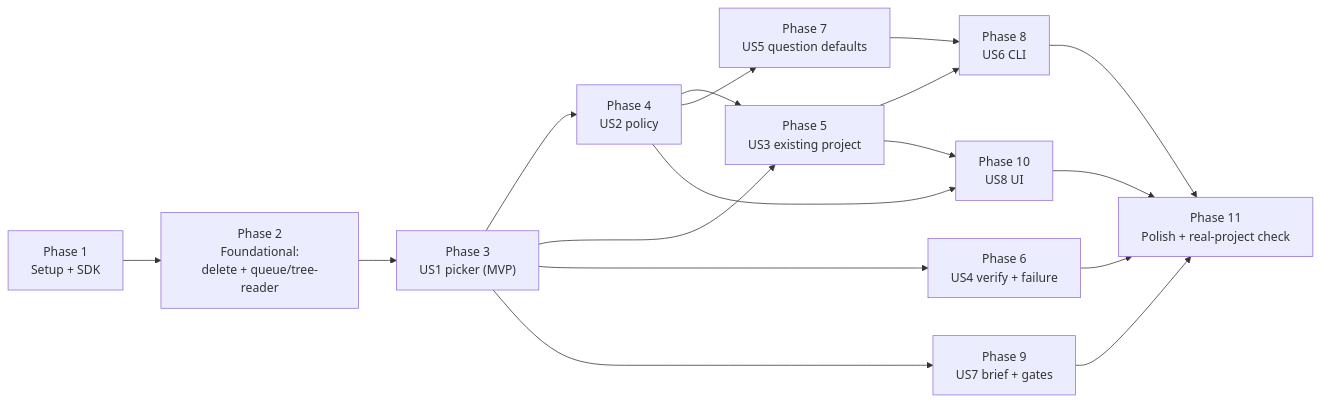
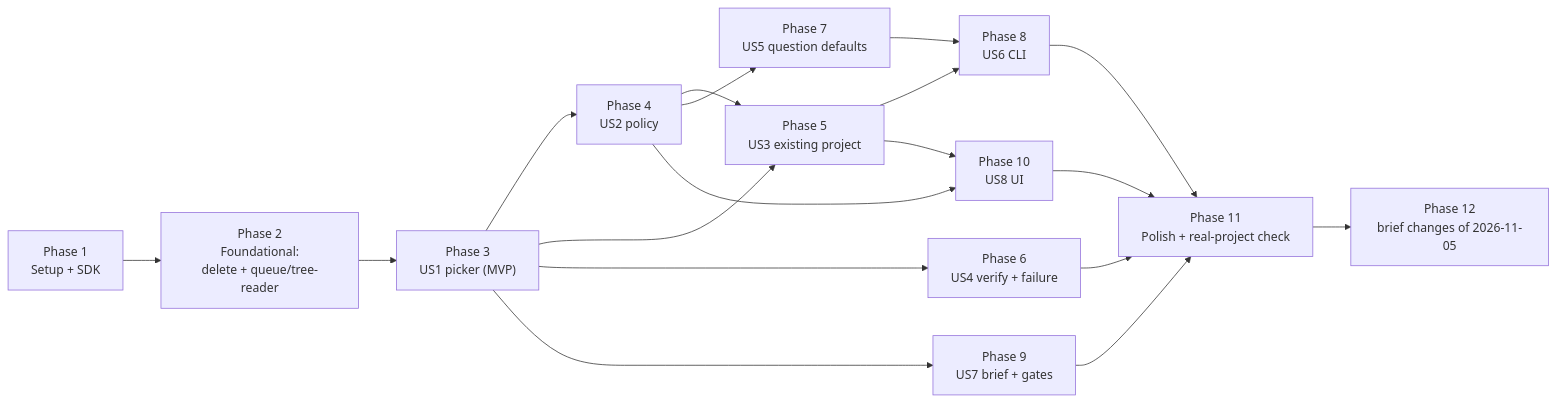
Before and after one commit to lukaskellerstein/dex: the diagram in specs/015-lean-core/tasks.md, drawn with Mermaid. The commit also changed other lines of this file and 13 other files, not shown here.

````diff
--- a/specs/015-lean-core/tasks.md
+++ b/specs/015-lean-core/tasks.md
@@ -314,19 +333,20 @@
 ```mermaid
 flowchart LR
   S["Phase 1<br/>Setup + SDK"] --> F["Phase 2<br/>Foundational:<br/>delete + queue/tree-reader"]
   F --> U1["Phase 3<br/>US1 picker (MVP)"]
   U1 --> U2["Phase 4<br/>US2 policy"]
   U1 --> U3["Phase 5<br/>US3 existing project"]
   U2 --> U3
   U1 --> U4["Phase 6<br/>US4 verify + failure"]
   U2 --> U5["Phase 7<br/>US5 question defaults"]
   U3 --> U6["Phase 8<br/>US6 CLI"]
   U5 --> U6
   U1 --> U7["Phase 9<br/>US7 brief + gates"]
   U2 --> U8["Phase 10<br/>US8 UI"]
   U3 --> U8
   U6 --> P["Phase 11<br/>Polish + real-project check"]
   U7 --> P
   U8 --> P
   U4 --> P
+  P --> P12["Phase 12<br/>brief changes of 2026-11-05"]
 ```
````
